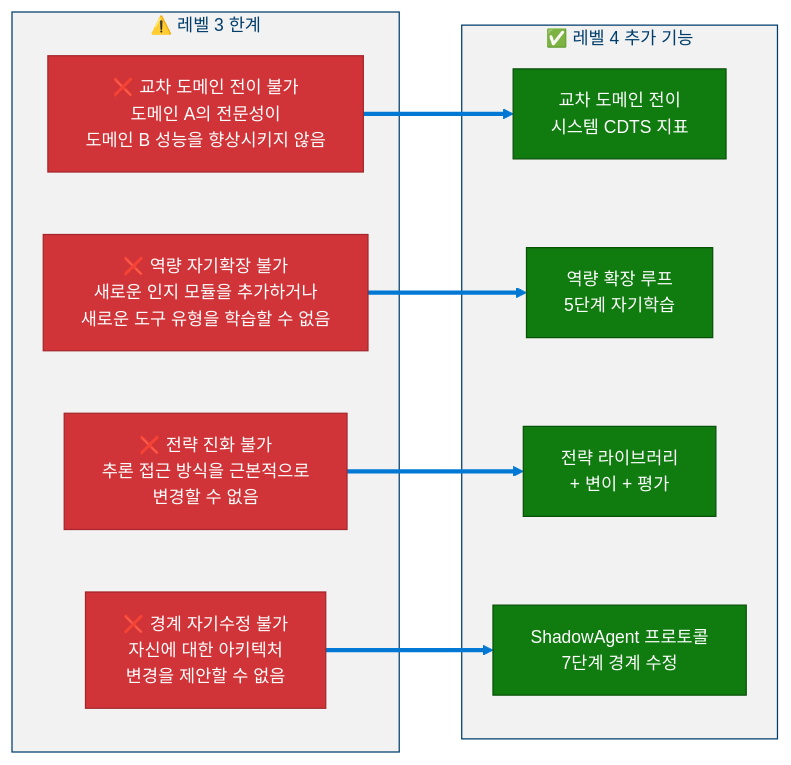
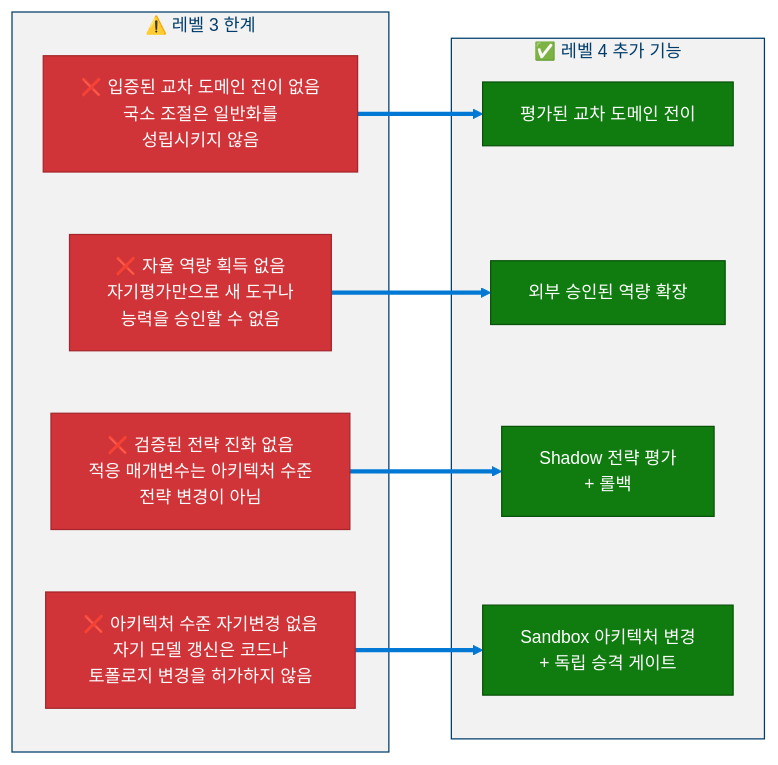
One commit to dotnetpower/mscp changed diagram 18 of 19 in docs/levels/Level_3_Self_Regulating_Agent.ko.md. Above: the diagram before and after it, drawn with Mermaid. The commit also changed other lines of this file and 21 other files, not shown here.

````diff
--- a/docs/levels/Level_3_Self_Regulating_Agent.ko.md
+++ b/docs/levels/Level_3_Self_Regulating_Agent.ko.md
@@ -1340,25 +1485,25 @@
 ```mermaid
 %%{init: {'theme': 'base', 'themeVariables': {'primaryColor': '#0078D4', 'primaryTextColor': '#003D6B', 'primaryBorderColor': '#003D6B', 'secondaryColor': '#50E6FF', 'secondaryTextColor': '#323130', 'secondaryBorderColor': '#00BCF2', 'tertiaryColor': '#F2F2F2', 'tertiaryTextColor': '#323130', 'lineColor': '#0078D4', 'textColor': '#323130', 'mainBkg': '#DEECF9', 'nodeBorder': '#0078D4', 'clusterBkg': '#F2F2F2', 'clusterBorder': '#003D6B', 'titleColor': '#003D6B', 'edgeLabelBackground': '#FFFFFF', 'fontSize': '14px'}}}%%
 flowchart LR
   classDef danger fill:#D13438,stroke:#A4262C,color:#FFF
   classDef success fill:#107C10,stroke:#085108,color:#FFF
 
   subgraph Limitations["⚠️ 레벨 3 한계"]
-    L1["❌ 교차 도메인 전이 불가<br/>도메인 A의 전문성이<br/>도메인 B 성능을 향상시키지 않음"]:::danger
-    L2["❌ 역량 자기확장 불가<br/>새로운 인지 모듈을 추가하거나<br/>새로운 도구 유형을 학습할 수 없음"]:::danger
-    L3["❌ 전략 진화 불가<br/>추론 접근 방식을 근본적으로<br/>변경할 수 없음"]:::danger
-    L4["❌ 경계 자기수정 불가<br/>자신에 대한 아키텍처<br/>변경을 제안할 수 없음"]:::danger
+    L1["❌ 입증된 교차 도메인 전이 없음<br/>국소 조절은 일반화를<br/>성립시키지 않음"]:::danger
+    L2["❌ 자율 역량 획득 없음<br/>자기평가만으로 새 도구나<br/>능력을 승인할 수 없음"]:::danger
+    L3["❌ 검증된 전략 진화 없음<br/>적응 매개변수는 아키텍처 수준<br/>전략 변경이 아님"]:::danger
+    L4["❌ 아키텍처 수준 자기변경 없음<br/>자기 모델 갱신은 코드나<br/>토폴로지 변경을 허가하지 않음"]:::danger
   end
 
   subgraph L4Additions["✅ 레벨 4 추가 기능"]
-    A1["교차 도메인 전이<br/>시스템 CDTS 지표"]:::success
-    A2["역량 확장 루프<br/>5단계 자기학습"]:::success
-    A3["전략 라이브러리<br/>+ 변이 + 평가"]:::success
-    A4["ShadowAgent 프로토콜<br/>7단계 경계 수정"]:::success
+    A1["평가된 교차 도메인 전이"]:::success
+    A2["외부 승인된 역량 확장"]:::success
+    A3["Shadow 전략 평가<br/>+ 롤백"]:::success
+    A4["Sandbox 아키텍처 변경<br/>+ 독립 승격 게이트"]:::success
   end
 
   L1 ==> A1
   L2 ==> A2
   L3 ==> A3
   L4 ==> A4
 ```
````
